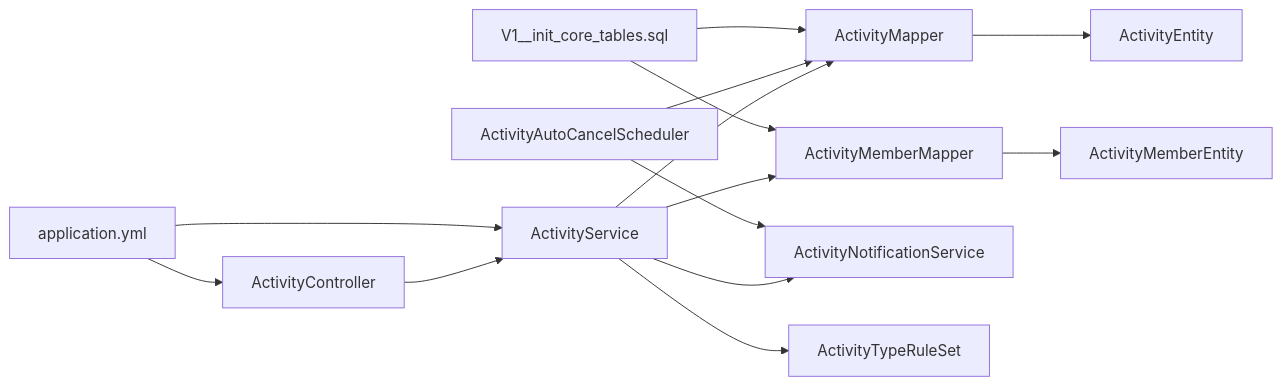
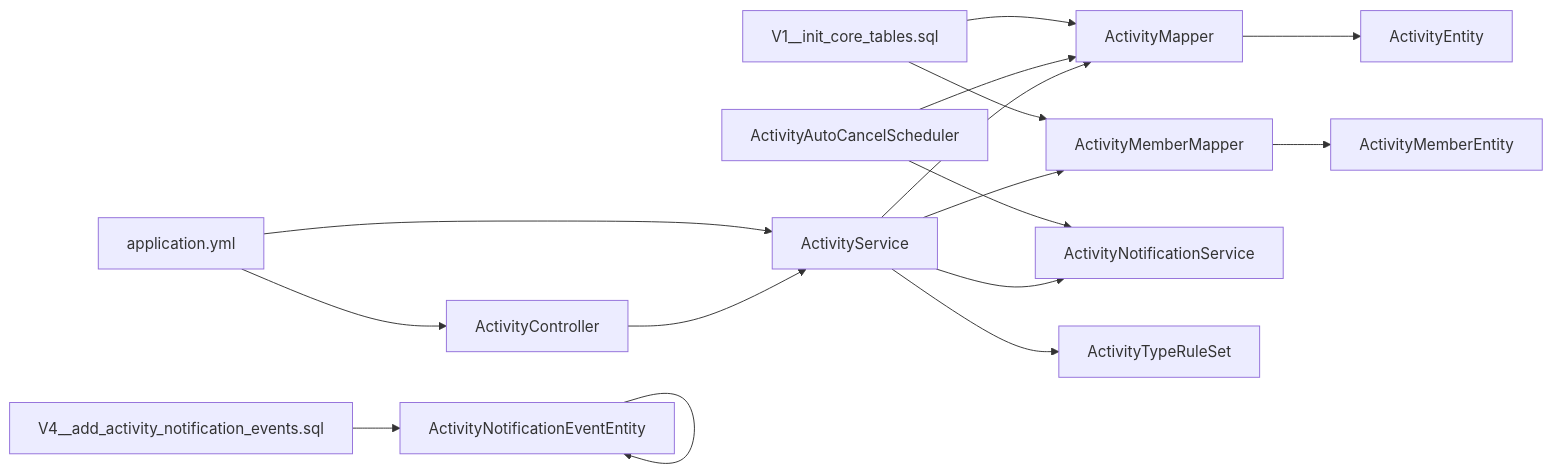
One commit to cwxiao/zugeju changed the eighth of 9 diagrams in .qoder/repowiki/zh/content/后端开发/活动管理模块/活动管理模块.md. Above: the diagram before and after it, drawn with Mermaid. The commit also changed other lines of this file and 72 other files, not shown here.

First line of the commit message:
前端：将UI资源装饰图融入各页面，提升视觉丰富度

````diff
--- a/.qoder/repowiki/zh/content/后端开发/活动管理模块/活动管理模块.md
+++ b/.qoder/repowiki/zh/content/后端开发/活动管理模块/活动管理模块.md
@@ -306,16 +369,19 @@
 ```mermaid
 graph LR
 AC["ActivityController"] --> AS["ActivityService"]
 AS --> AM["ActivityMapper"]
 AS --> AMm["ActivityMemberMapper"]
 AS --> ANS["ActivityNotificationService"]
 AS --> AR["ActivityTypeRuleSet"]
 ACS["ActivityAutoCancelScheduler"] --> AM
 ACS --> ANS
+ANE["ActivityNotificationEventMapper"] --> ANE
 AM --> AE["ActivityEntity"]
 AMm --> AME["ActivityMemberEntity"]
+ANE --> ANE["ActivityNotificationEventEntity"]
 APP["application.yml"] --> AC
 APP --> AS
-MIG["V1__init_core_tables.sql"] --> AM
-MIG --> AMm
+MIG1["V1__init_core_tables.sql"] --> AM
+MIG1 --> AMm
+MIG2["V4__add_activity_notification_events.sql"] --> ANE
 ```
````
